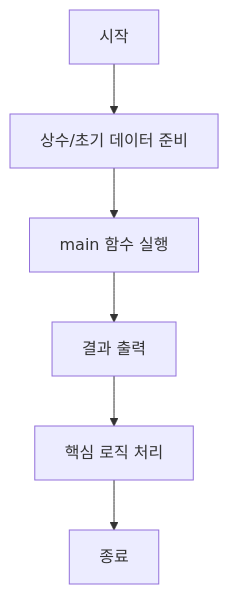
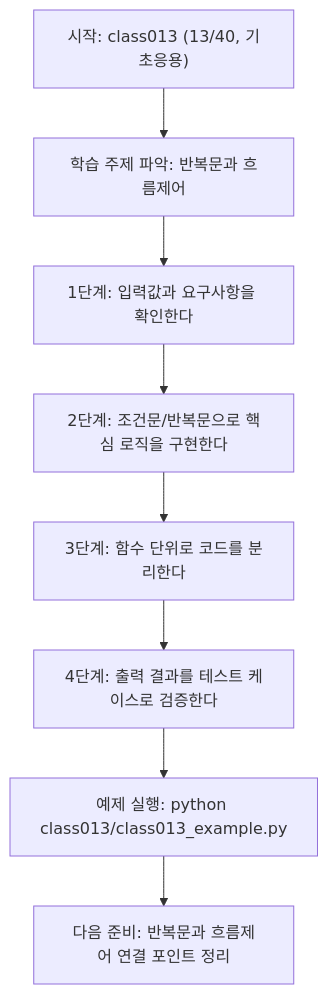
One commit to edumgt/Python-AI_Agent-Class changed the diagram in class013/class013.md. Above: the diagram before and after it, drawn with Mermaid. The commit also changed other lines of this file and 1012 other files, not shown here.

````diff
--- a/class013/class013.md
+++ b/class013/class013.md
@@ -63,9 +80,18 @@
 ```mermaid
-graph TD
-    N1[시작]
-    N1 --> N2[상수/초기 데이터 준비]
-    N2 --> N3[main 함수 실행]
-    N3 --> N4[결과 출력]
-    N4 --> N5[핵심 로직 처리]
-    N5 --> N6[종료]
+flowchart TD
+N1["시작: class013 (13/40, 기초응용)"]
+N2["학습 주제 파악: 반복문과 흐름제어"]
+N3["1단계: 입력값과 요구사항을 확인한다"]
+N4["2단계: 조건문/반복문으로 핵심 로직을 구현한다"]
+N5["3단계: 함수 단위로 코드를 분리한다"]
+N6["4단계: 출력 결과를 테스트 케이스로 검증한다"]
+N7["예제 실행: python class013/class013_example.py"]
+N8["다음 준비: 반복문과 흐름제어 연결 포인트 정리"]
+N1 --> N2
+N2 --> N3
+N3 --> N4
+N4 --> N5
+N5 --> N6
+N6 --> N7
+N7 --> N8
 ```
````
